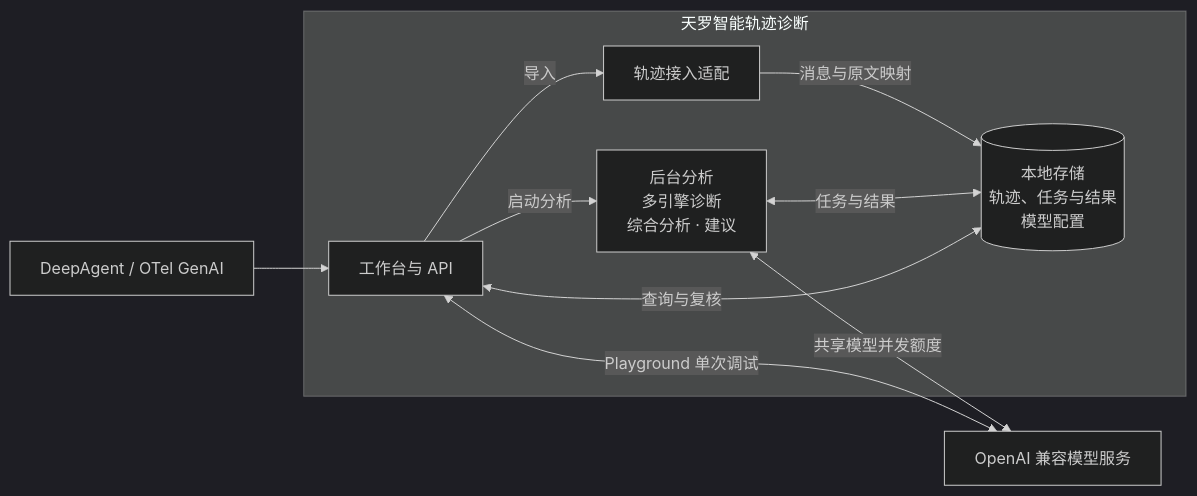
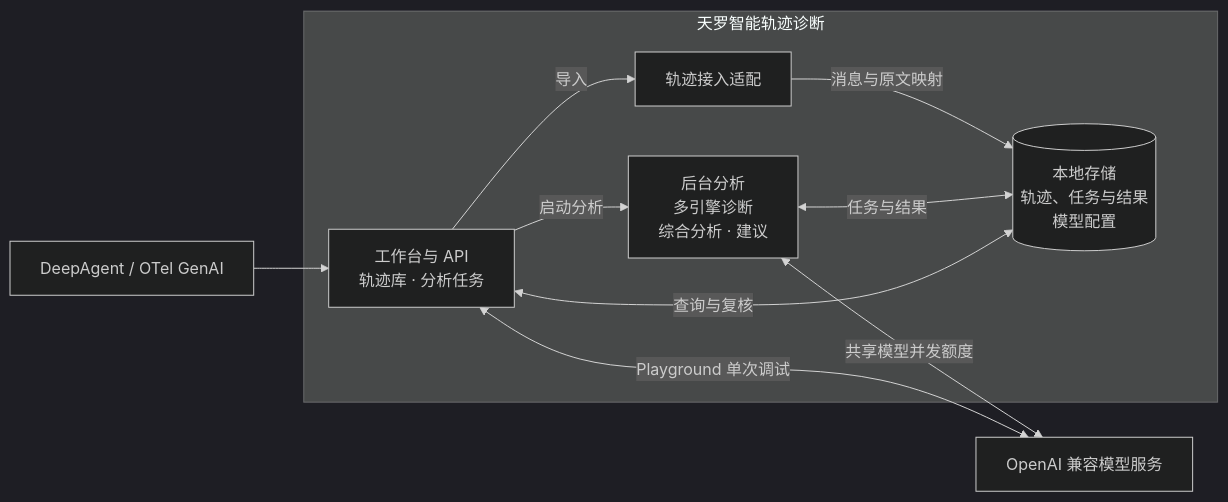
One commit to szluoqy-byte/agent-trace-diagnostics changed the diagram in docs/architecture.md. Above: the diagram before and after it, drawn with Mermaid (dark theme). The commit also changed other lines of this file and 16 other files, not shown here.

````diff
--- a/docs/architecture.md
+++ b/docs/architecture.md
@@ -7,22 +7,22 @@
 ```mermaid
 flowchart LR
     Source["DeepAgent / OTel GenAI"]
     Model["OpenAI 兼容模型服务"]
 
     subgraph Tianluo["天罗智能轨迹诊断"]
-        Workbench["工作台与 API"]
+        Workbench["工作台与 API<br/>轨迹库 · 分析任务"]
         Adapter["轨迹接入适配"]
         Analysis["后台分析<br/>多引擎诊断<br/>综合分析 · 建议"]
         Store[("本地存储<br/>轨迹、任务与结果<br/>模型配置")]
 
         Workbench -->|导入| Adapter
         Workbench -->|启动分析| Analysis
         Adapter -->|消息与原文映射| Store
         Analysis <-->|任务与结果| Store
         Workbench <-->|查询与复核| Store
     end
 
     Source --> Workbench
     Analysis <-->|共享模型并发额度| Model
     Workbench <-->|Playground 单次调试| Model
 ```
````
